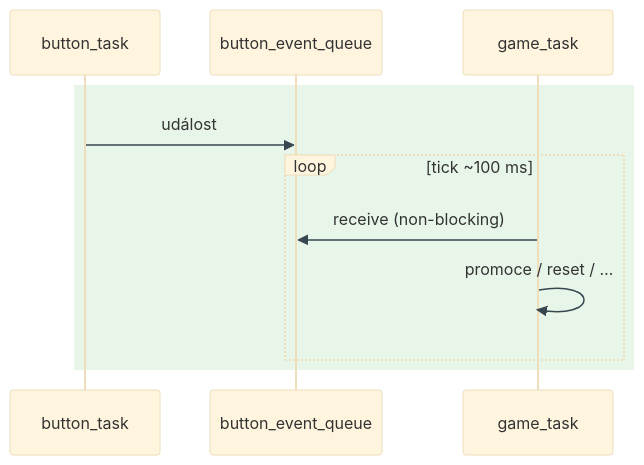
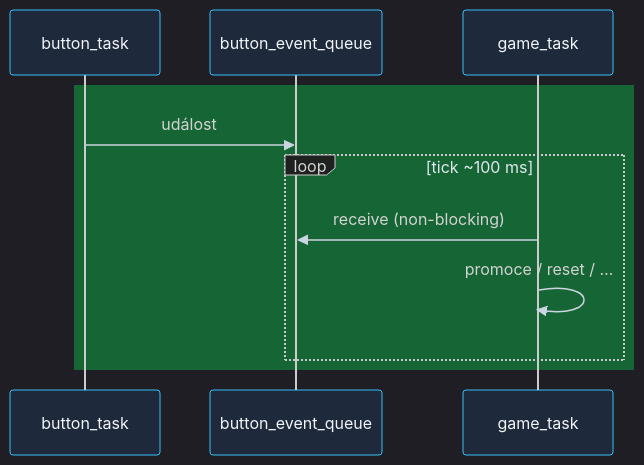
Before and after one commit to AlfredKrutina/chess_esp32_c6_devkit: the fourth of 6 diagrams in docs/diagrams/README.md, drawn with Mermaid. The commit also changed other lines of this file and 97 other files, not shown here.

Commit message:
more diagrams

````diff
--- a/docs/diagrams/README.md
+++ b/docs/diagrams/README.md
@@ -145,14 +149,14 @@
 ```mermaid
-%%{init: {'theme':'base', 'themeVariables': {'signalColor':'#37474f'}}}%%
+%%{init: {'theme':'dark','themeVariables':{'actorBkg':'#1e293b','actorBorder':'#38bdf8','actorTextColor':'#f1f5f9','signalColor':'#cbd5e1','loopTextColor':'#e2e8f0'}}}%%
 sequenceDiagram
-  rect rgb(232, 245, 233)
+  rect rgb(22, 101, 52)
     participant BT as button_task
     participant BQ as button_event_queue
     participant GT as game_task
     BT->>BQ: událost
     loop tick ~100 ms
       GT->>BQ: receive (non-blocking)
       GT->>GT: promoce / reset / …
     end
   end
 ```
````
